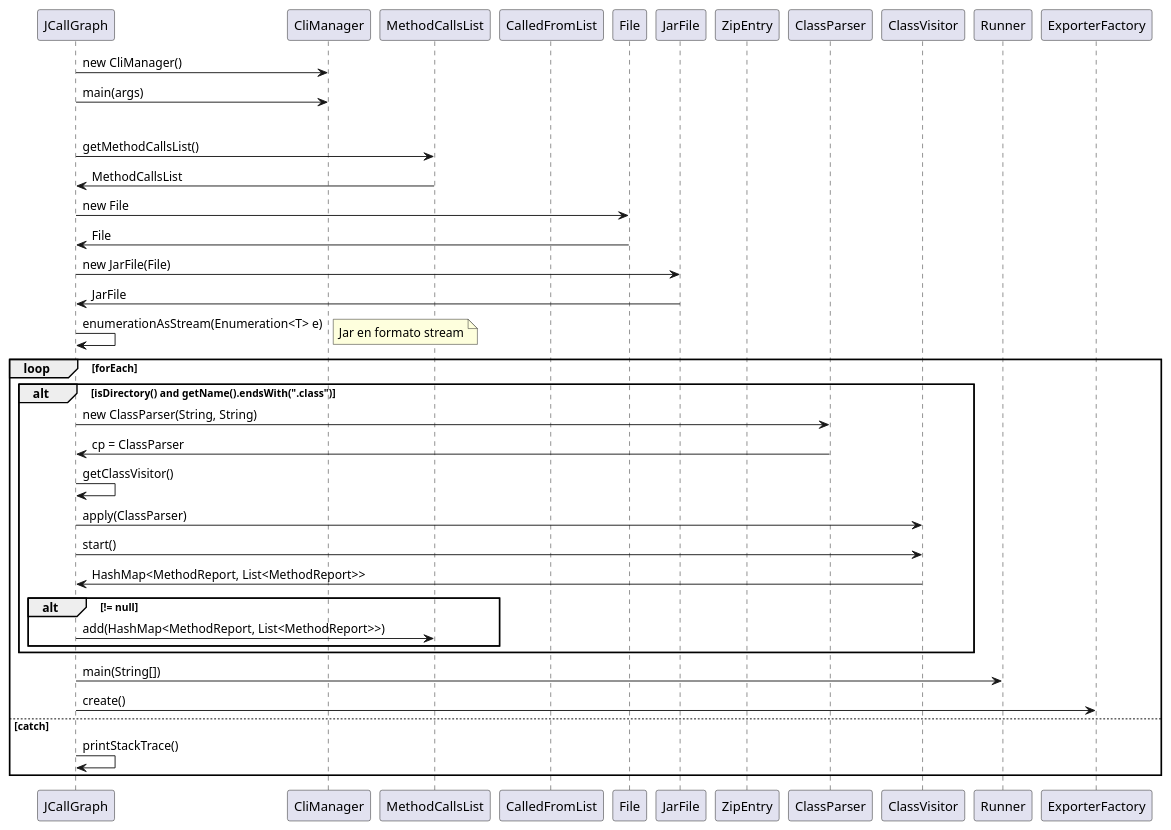
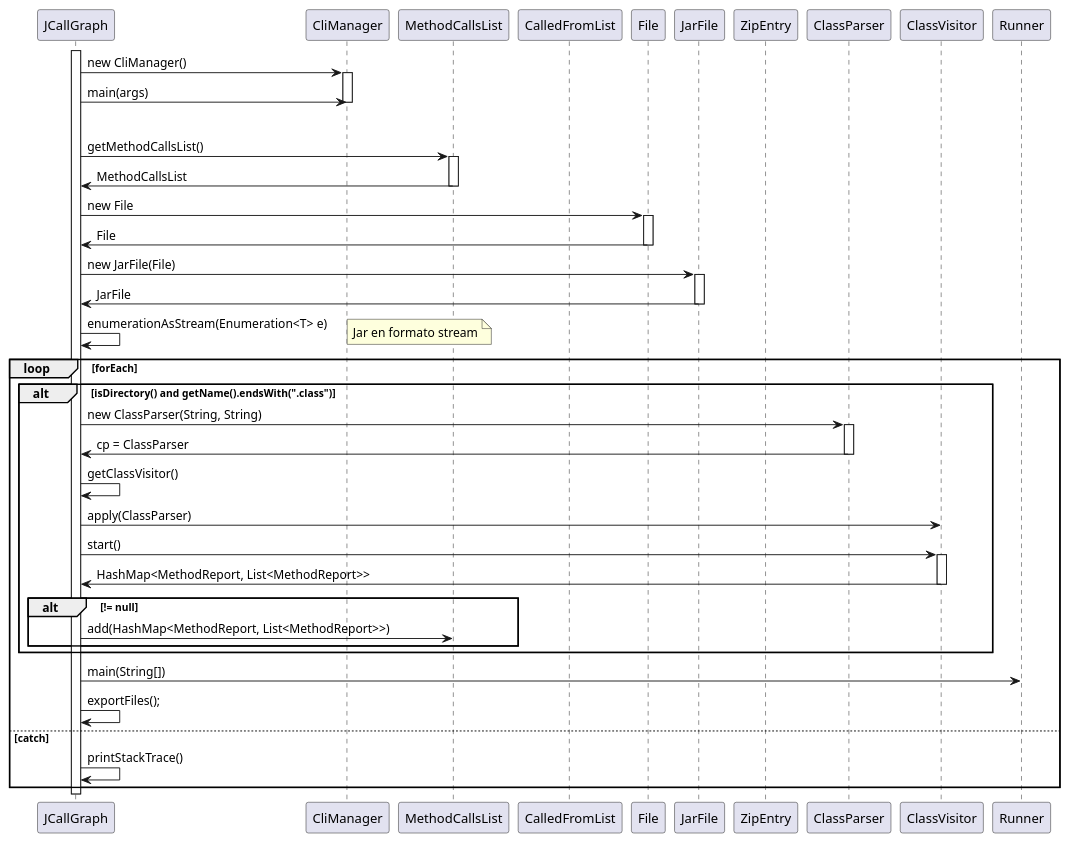
Before and after one commit to iakigarci/BytecodeAnalysis: the diagram in TFG/uml/secuencia_JCallGraph.plantuml, drawn with PlantUML. The commit also changed 56 other files, not shown here.

```diff
--- a/TFG/uml/secuencia_JCallGraph.plantuml
+++ b/TFG/uml/secuencia_JCallGraph.plantuml
@@ -1,44 +1,56 @@
 @startuml
 
 participant JCallGraph as J
 participant CliManager as C
 participant MethodCallsList as MCL
 participant CalledFromList as CFL
 participant File as F
 participant JarFile as JF
 participant ZipEntry as Z
 participant ClassParser as CP
 participant ClassVisitor as CV
 participant Runner as R
-participant ExporterFactory as EF
+
+activate J
 J -> C : new CliManager()
+activate C
 J -> C : main(args)
-
+deactivate C
 alt try
     J->MCL: getMethodCallsList()
+    activate MCL
     MCL->J: MethodCallsList
+    deactivate MCL
     J->F: new File
+    activate F
     F->J: File
+    deactivate F
     J->JF: new JarFile(File)
+    activate JF
     JF->J: JarFile
+    deactivate JF
     J->J: enumerationAsStream(Enumeration<T> e)
     note right : Jar en formato stream
     loop forEach
         alt isDirectory() and getName().endsWith(".class")
             J->CP: new ClassParser(String, String)
+            activate CP
             CP->J: cp = ClassParser
+            deactivate CP
             J->J: getClassVisitor()
             J->CV: apply(ClassParser)
             J->CV: start()
+            activate CV
             CV->J: HashMap<MethodReport, List<MethodReport>>
+            deactivate CV
             alt != null
                 J->MCL: add(HashMap<MethodReport, List<MethodReport>>)
             end
     end
     J->R: main(String[])
-    J->EF: create()
+    J->J: exportFiles();
 else catch
     J->J: printStackTrace()
 end
-
+deactivate J
 @enduml
```
